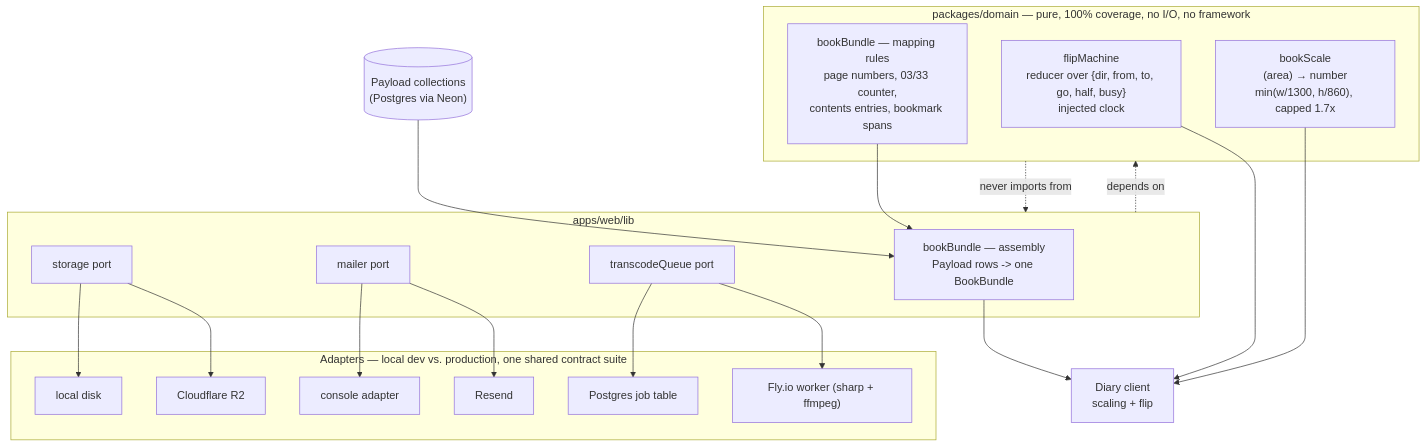
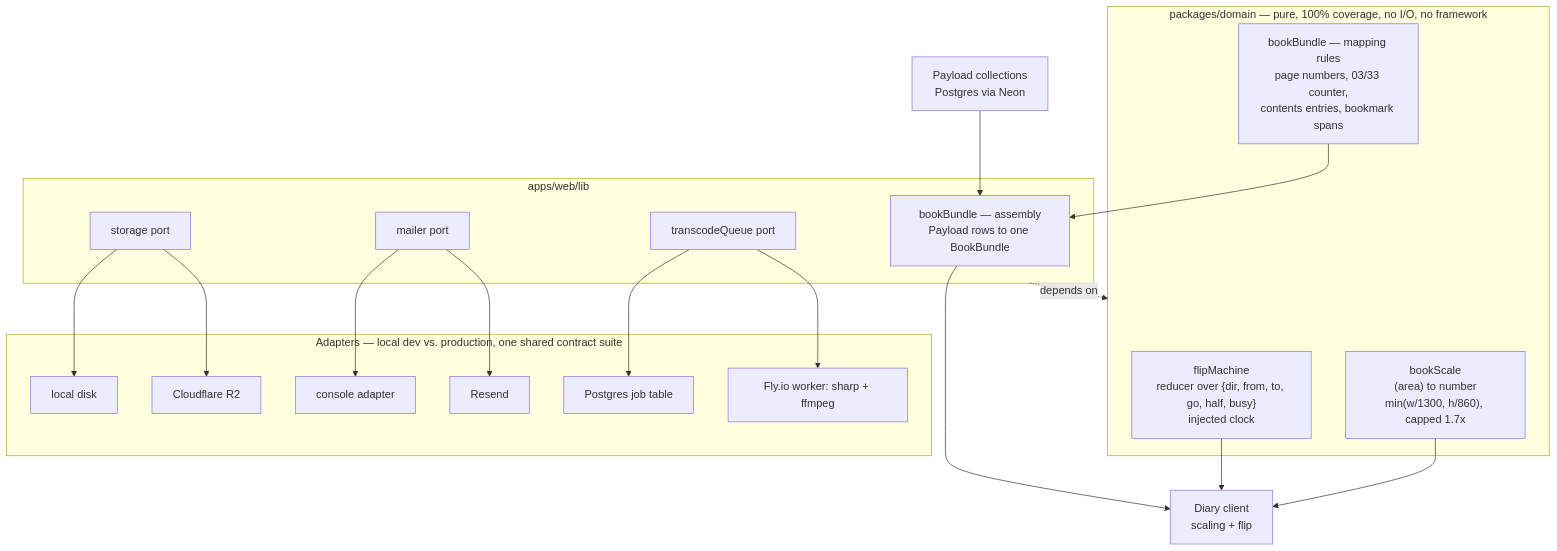
Before and after one commit to masumbillah3416/journal: the diagram in docs/architecture.md, drawn with Mermaid. The commit also changed other lines of this file and 2 other files, not shown here.

First paragraph of the commit message:
docs: fix Mermaid rendering and record the backup-restore phase ruling
Review round 1 found three issues in the Task 2 documentation set.

````diff
--- a/docs/architecture.md
+++ b/docs/architecture.md
@@ -61,40 +61,39 @@
 ```mermaid
 flowchart TB
   subgraph domain["packages/domain — pure, 100% coverage, no I/O, no framework"]
-    flipMachine["flipMachine\nreducer over {dir, from, to, go, half, busy}\ninjected clock"]
-    bookScale["bookScale\n(area) → number\nmin(w/1300, h/860), capped 1.7x"]
-    bookBundleDomain["bookBundle — mapping rules\npage numbers, 03/33 counter,\ncontents entries, bookmark spans"]
+    flipMachine["flipMachine<br/>reducer over {dir, from, to, go, half, busy}<br/>injected clock"]
+    bookScale["bookScale<br/>(area) to number<br/>min(w/1300, h/860), capped 1.7x"]
+    bookBundleDomain["bookBundle — mapping rules<br/>page numbers, 03/33 counter,<br/>contents entries, bookmark spans"]
   end
 
   subgraph webLib["apps/web/lib"]
-    bookBundleWeb["bookBundle — assembly\nPayload rows -> one BookBundle"]
+    bookBundleWeb["bookBundle — assembly<br/>Payload rows to one BookBundle"]
     storagePort["storage port"]
     mailerPort["mailer port"]
     queuePort["transcodeQueue port"]
   end
 
   subgraph adapters["Adapters — local dev vs. production, one shared contract suite"]
     localDisk["local disk"]
     r2["Cloudflare R2"]
     consoleMail["console adapter"]
     resend["Resend"]
     pgQueue["Postgres job table"]
-    worker["Fly.io worker (sharp + ffmpeg)"]
+    worker["Fly.io worker: sharp + ffmpeg"]
   end
 
-  payload[("Payload collections\n(Postgres via Neon)")] --> bookBundleWeb
+  payload["Payload collections<br/>Postgres via Neon"] --> bookBundleWeb
   bookBundleDomain --> bookBundleWeb
-  bookBundleWeb --> diaryClient["Diary client\nscaling + flip"]
+  bookBundleWeb --> diaryClient["Diary client<br/>scaling + flip"]
   flipMachine --> diaryClient
   bookScale --> diaryClient
 
   storagePort --> localDisk
   storagePort --> r2
   mailerPort --> consoleMail
   mailerPort --> resend
   queuePort --> pgQueue
   queuePort --> worker
 
   webLib -.->|depends on| domain
-  domain -.->|never imports from| webLib
 ```
````
